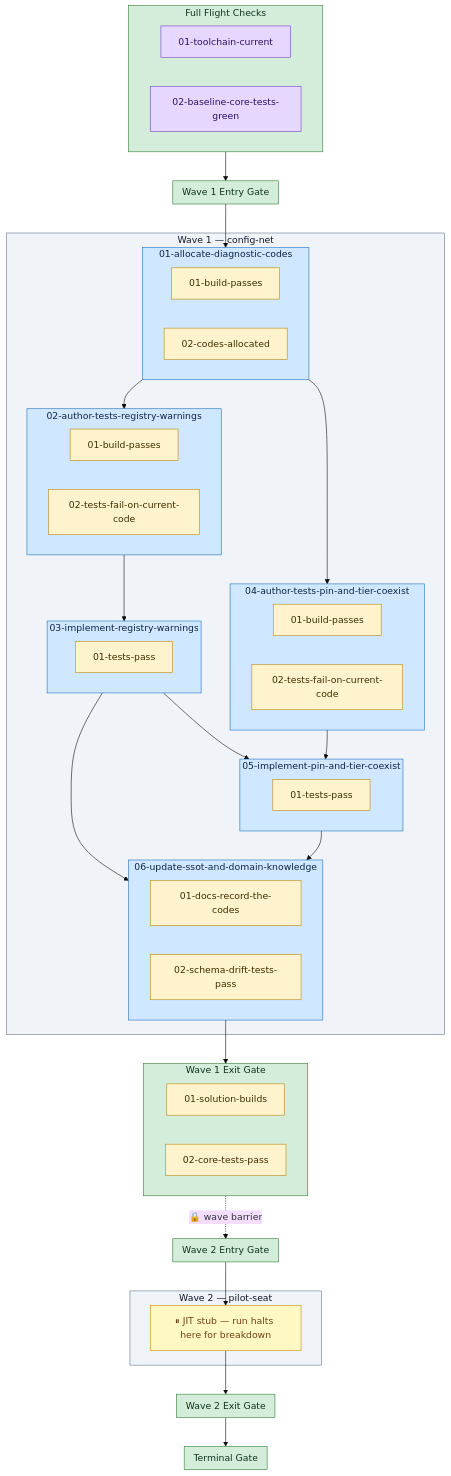
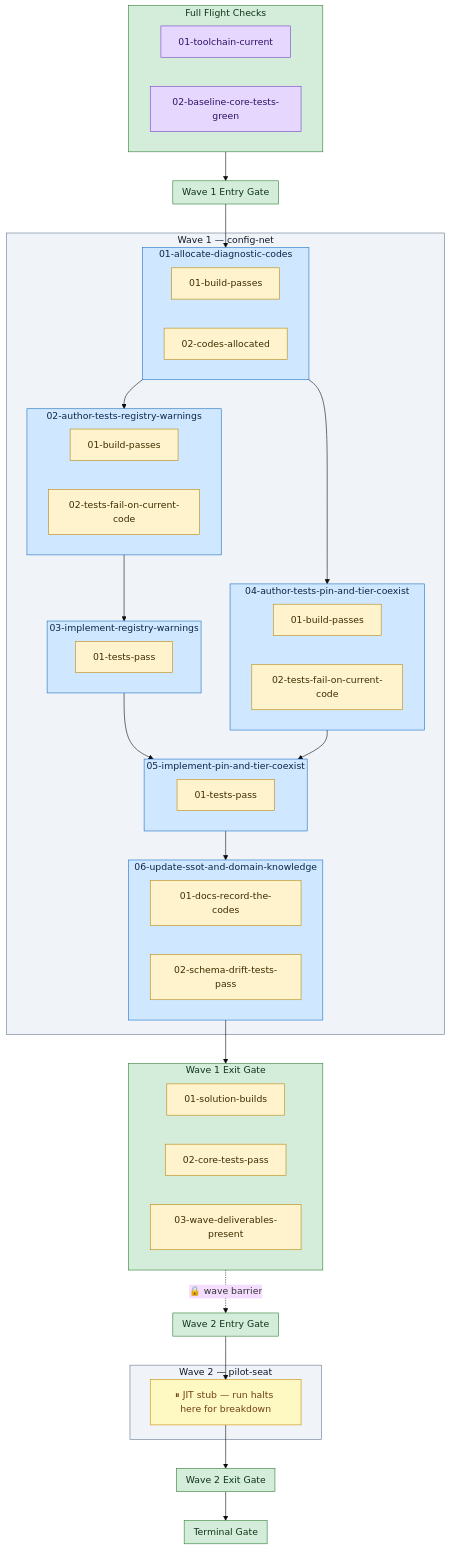
Before and after one commit to Servant-Software-LLC/Guardrails: the diagram in docs/plans/model-tiering-stage-3/diagram.md, drawn with Mermaid (base theme). The commit also changed other lines of this file and 18 other files, not shown here.

````diff
--- a/docs/plans/model-tiering-stage-3/diagram.md
+++ b/docs/plans/model-tiering-stage-3/diagram.md
@@ -3,77 +3,77 @@
 ```mermaid
 flowchart TD
   subgraph plan_preflights["Full Flight Checks"]
     plan_preflights_0["01-toolchain-current"]:::preflight
     plan_preflights_1["02-baseline-core-tests-green"]:::preflight
   end
   style plan_preflights fill:#d4edda,stroke:#2e7d32,color:#10341a;
   subgraph wave_1_preflights["Wave 1 Entry Gate"]
   end
   style wave_1_preflights fill:#d4edda,stroke:#2e7d32,color:#10341a;
   subgraph wave_1["Wave 1 — config-net"]
     subgraph task_wave_01_config_net_01_allocate_diagnostic_codes["01-allocate-diagnostic-codes"]
       task_wave_01_config_net_01_allocate_diagnostic_codes_gr_0["01-build-passes"]:::guardrail
       task_wave_01_config_net_01_allocate_diagnostic_codes_gr_1["02-codes-allocated"]:::guardrail
     end
     style task_wave_01_config_net_01_allocate_diagnostic_codes fill:#cfe8ff,stroke:#1b6ec2,color:#0b2545;
     subgraph task_wave_01_config_net_02_author_tests_registry_warnings["02-author-tests-registry-warnings"]
       task_wave_01_config_net_02_author_tests_registry_warnings_gr_0["01-build-passes"]:::guardrail
       task_wave_01_config_net_02_author_tests_registry_warnings_gr_1["02-tests-fail-on-current-code"]:::guardrail
     end
     style task_wave_01_config_net_02_author_tests_registry_warnings fill:#cfe8ff,stroke:#1b6ec2,color:#0b2545;
     subgraph task_wave_01_config_net_03_implement_registry_warnings["03-implement-registry-warnings"]
       task_wave_01_config_net_03_implement_registry_warnings_gr_0["01-tests-pass"]:::guardrail
     end
     style task_wave_01_config_net_03_implement_registry_warnings fill:#cfe8ff,stroke:#1b6ec2,color:#0b2545;
     subgraph task_wave_01_config_net_04_author_tests_pin_and_tier_coexist["04-author-tests-pin-and-tier-coexist"]
       task_wave_01_config_net_04_author_tests_pin_and_tier_coexist_gr_0["01-build-passes"]:::guardrail
       task_wave_01_config_net_04_author_tests_pin_and_tier_coexist_gr_1["02-tests-fail-on-current-code"]:::guardrail
     end
     style task_wave_01_config_net_04_author_tests_pin_and_tier_coexist fill:#cfe8ff,stroke:#1b6ec2,color:#0b2545;
     subgraph task_wave_01_config_net_05_implement_pin_and_tier_coexist["05-implement-pin-and-tier-coexist"]
       task_wave_01_config_net_05_implement_pin_and_tier_coexist_gr_0["01-tests-pass"]:::guardrail
     end
     style task_wave_01_config_net_05_implement_pin_and_tier_coexist fill:#cfe8ff,stroke:#1b6ec2,color:#0b2545;
     subgraph task_wave_01_config_net_06_update_ssot_and_domain_knowledge["06-update-ssot-and-domain-knowledge"]
       task_wave_01_config_net_06_update_ssot_and_domain_knowledge_gr_0["01-docs-record-the-codes"]:::guardrail
       task_wave_01_config_net_06_update_ssot_and_domain_knowledge_gr_1["02-schema-drift-tests-pass"]:::guardrail
     end
     style task_wave_01_config_net_06_update_ssot_and_domain_knowledge fill:#cfe8ff,stroke:#1b6ec2,color:#0b2545;
   end
   style wave_1 fill:#f0f4f8,stroke:#64748b,color:#0f172a;
   subgraph wave_1_guardrails["Wave 1 Exit Gate"]
     wave_1_guardrails_0["01-solution-builds"]:::guardrail
     wave_1_guardrails_1["02-core-tests-pass"]:::guardrail
+    wave_1_guardrails_2["03-wave-deliverables-present"]:::guardrail
   end
   style wave_1_guardrails fill:#d4edda,stroke:#2e7d32,color:#10341a;
   subgraph wave_2_preflights["Wave 2 Entry Gate"]
   end
   style wave_2_preflights fill:#d4edda,stroke:#2e7d32,color:#10341a;
   subgraph wave_2["Wave 2 — pilot-seat"]
     wave_2_stub["⏸ JIT stub — run halts here for breakdown"]
     style wave_2_stub fill:#fef9c3,stroke:#ca8a04,color:#713f12;
   end
   style wave_2 fill:#f0f4f8,stroke:#64748b,color:#0f172a;
   subgraph wave_2_guardrails["Wave 2 Exit Gate"]
   end
   style wave_2_guardrails fill:#d4edda,stroke:#2e7d32,color:#10341a;
   subgraph plan_guardrails["Terminal Gate"]
   end
   style plan_guardrails fill:#d4edda,stroke:#2e7d32,color:#10341a;
   plan_preflights --> wave_1_preflights
   wave_1_preflights --> task_wave_01_config_net_01_allocate_diagnostic_codes
   task_wave_01_config_net_01_allocate_diagnostic_codes --> task_wave_01_config_net_02_author_tests_registry_warnings
   task_wave_01_config_net_01_allocate_diagnostic_codes --> task_wave_01_config_net_04_author_tests_pin_and_tier_coexist
   task_wave_01_config_net_02_author_tests_registry_warnings --> task_wave_01_config_net_03_implement_registry_warnings
   task_wave_01_config_net_03_implement_registry_warnings --> task_wave_01_config_net_05_implement_pin_and_tier_coexist
-  task_wave_01_config_net_03_implement_registry_warnings --> task_wave_01_config_net_06_update_ssot_and_domain_knowledge
   task_wave_01_config_net_04_author_tests_pin_and_tier_coexist --> task_wave_01_config_net_05_implement_pin_and_tier_coexist
   task_wave_01_config_net_05_implement_pin_and_tier_coexist --> task_wave_01_config_net_06_update_ssot_and_domain_knowledge
   task_wave_01_config_net_06_update_ssot_and_domain_knowledge --> wave_1_guardrails
   wave_2_preflights --> wave_2_stub
   wave_2_stub --> wave_2_guardrails
   wave_1_guardrails -.->|"🔒 wave barrier"| wave_2_preflights
   wave_2_guardrails --> plan_guardrails
   classDef preflight fill:#e6d7ff,stroke:#6f42c1,color:#2e1065;
   classDef guardrail fill:#fff3cd,stroke:#b8860b,color:#3d2c00;
 ```
````
